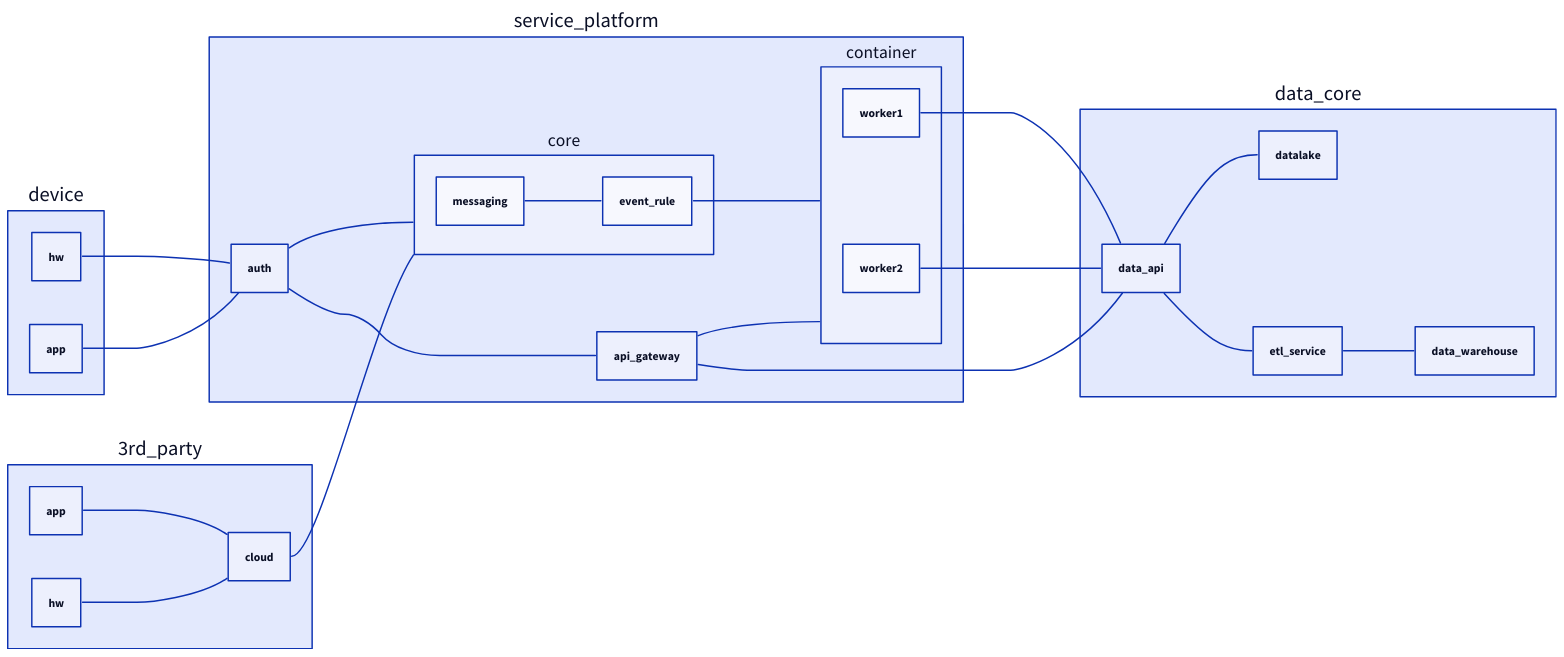
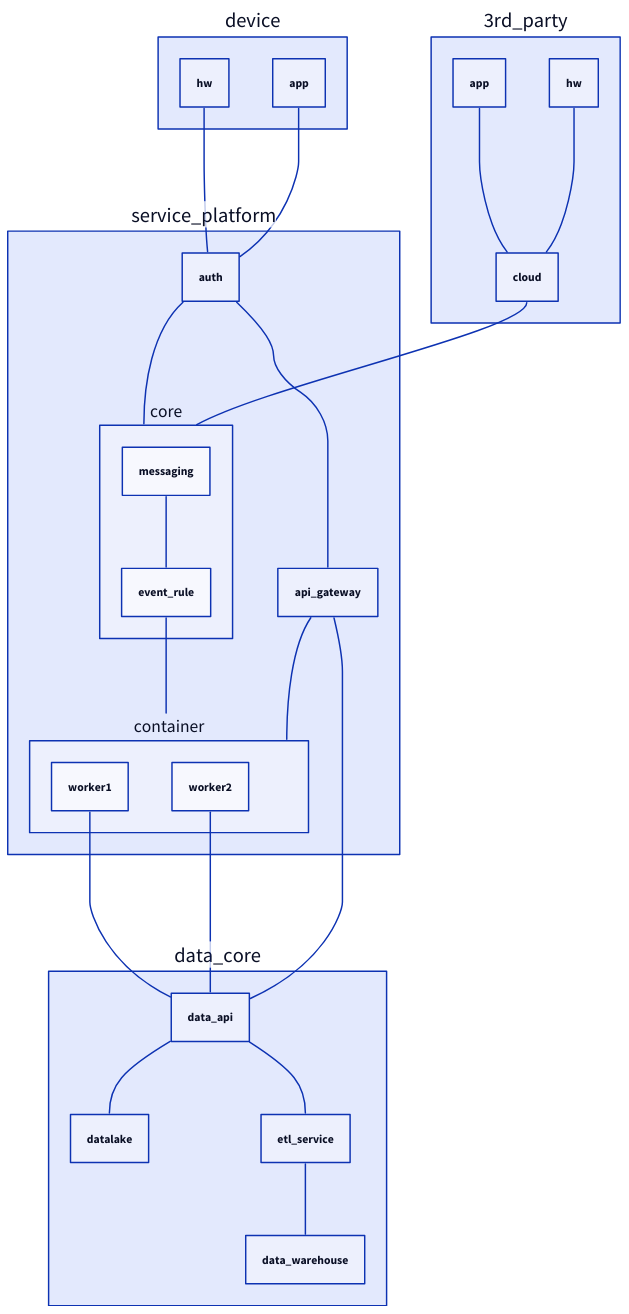
One commit to devchan64/devchan64.github.io changed the diagram in _posts/2024-11-01-message-architecture-and-operational-design.md. Above: the diagram before and after it, drawn with D2. The commit also changed 1 other file, not shown here.

Commit message:
확대기능 임시제거

````diff
--- a/_posts/2024-11-01-message-architecture-and-operational-design.md
+++ b/_posts/2024-11-01-message-architecture-and-operational-design.md
@@ -70,23 +70,21 @@
 ```d2
-direction: right
-
 device.hw -- service_platform.auth -- service_platform.core
 device.app -- service_platform.auth -- service_platform.api_gateway
 
 3rd_party.app -- 3rd_party.cloud
 3rd_party.hw -- 3rd_party.cloud
 3rd_party.cloud -- service_platform.core
 
 service_platform.core.messaging -- service_platform.core.event_rule
 service_platform.core.event_rule -- service_platform.container
 
 service_platform.api_gateway -- service_platform.container
 service_platform.api_gateway -- data_core.data_api
 
 service_platform.container.worker1 -- data_core.data_api
 service_platform.container.worker2 -- data_core.data_api
 
 data_core.data_api -- data_core.datalake
 data_core.data_api -- data_core.etl_service
 data_core.etl_service -- data_core.data_warehouse
 ```
````
